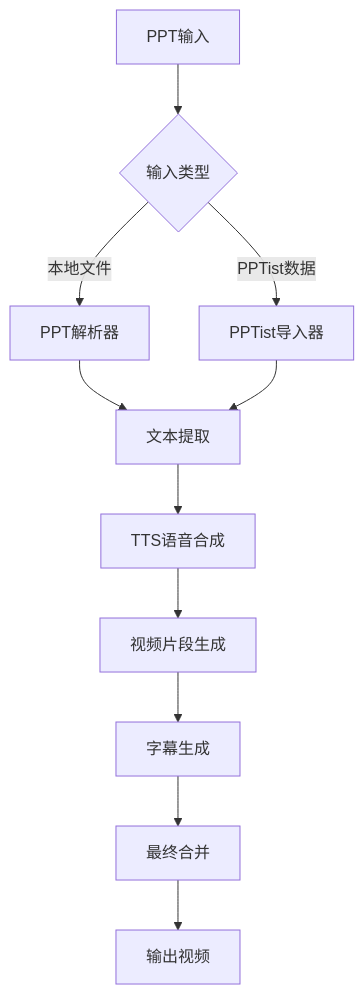
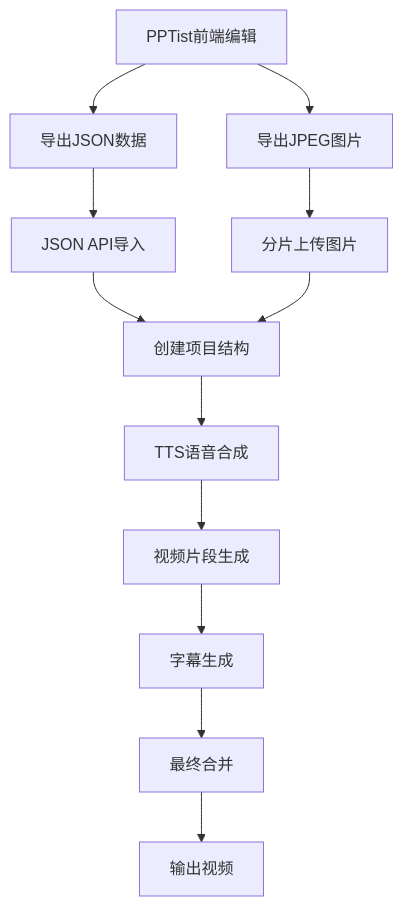
One commit to huguanjin/PPT-TO-VIDEO changed the diagram in README.md. Above: the diagram before and after it, drawn with Mermaid. The commit also changed other lines of this file and 372 other files, not shown here.

````diff
--- a/README.md
+++ b/README.md
@@ -184,13 +190,14 @@
 ```mermaid
 graph TD
-    A[PPT输入] --> B{输入类型}
-    B -->|本地文件| C[PPT解析器]
-    B -->|PPTist数据| D[PPTist导入器]
-    C --> E[文本提取]
-    D --> E
-    E --> F[TTS语音合成]
-    F --> G[视频片段生成]
-    G --> H[字幕生成]
-    H --> I[最终合并]
-    I --> J[输出视频]
+    A[PPTist前端编辑] --> B[导出JSON数据]
+    A --> C[导出JPEG图片]
+    B --> D[JSON API导入]
+    C --> E[分片上传图片]
+    D --> F[创建项目结构]
+    E --> F
+    F --> G[TTS语音合成]
+    G --> H[视频片段生成]
+    H --> I[字幕生成]
+    I --> J[最终合并]
+    J --> K[输出视频]
 ```
````
